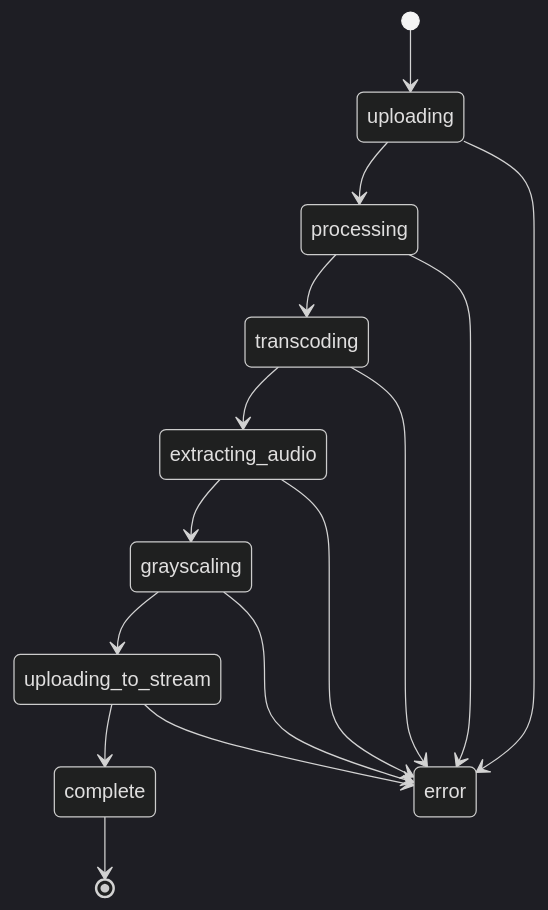
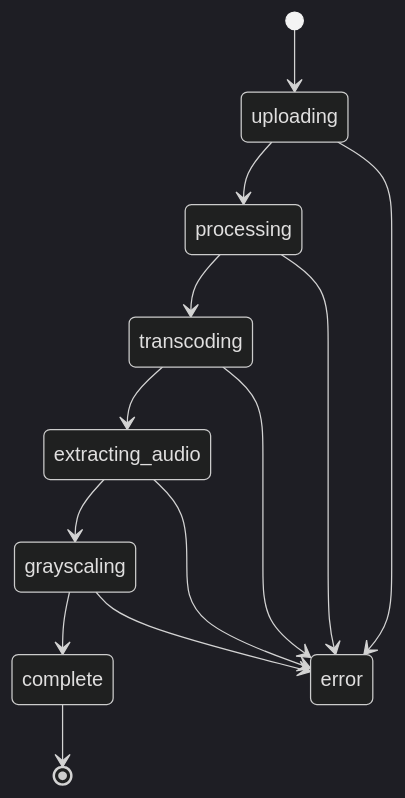
The second of 2 diagrams in docs/PLAN.md (adrianhall/video-processing-pipeline), drawn with Mermaid (dark theme) before and after one commit. The commit also changed other lines of this file and 12 other files, not shown here.

````diff
--- a/docs/PLAN.md
+++ b/docs/PLAN.md
@@ -165,18 +161,16 @@
 ```mermaid
 stateDiagram-v2
     [*] --> uploading
     uploading --> processing
     processing --> transcoding
     transcoding --> extracting_audio
     extracting_audio --> grayscaling
-    grayscaling --> uploading_to_stream
-    uploading_to_stream --> complete
+    grayscaling --> complete
     complete --> [*]
 
     uploading --> error
     processing --> error
     transcoding --> error
     extracting_audio --> error
     grayscaling --> error
-    uploading_to_stream --> error
 ```
````
